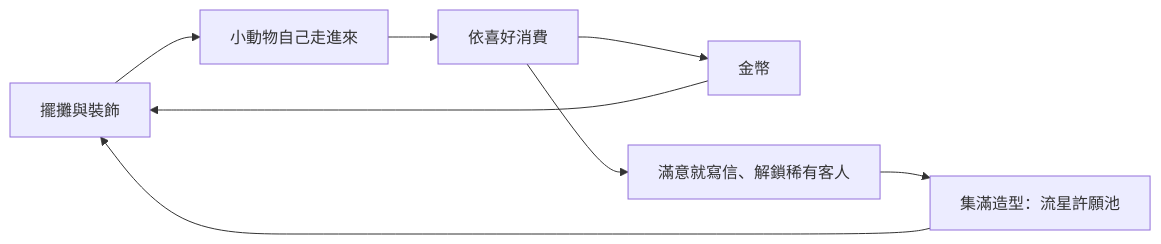
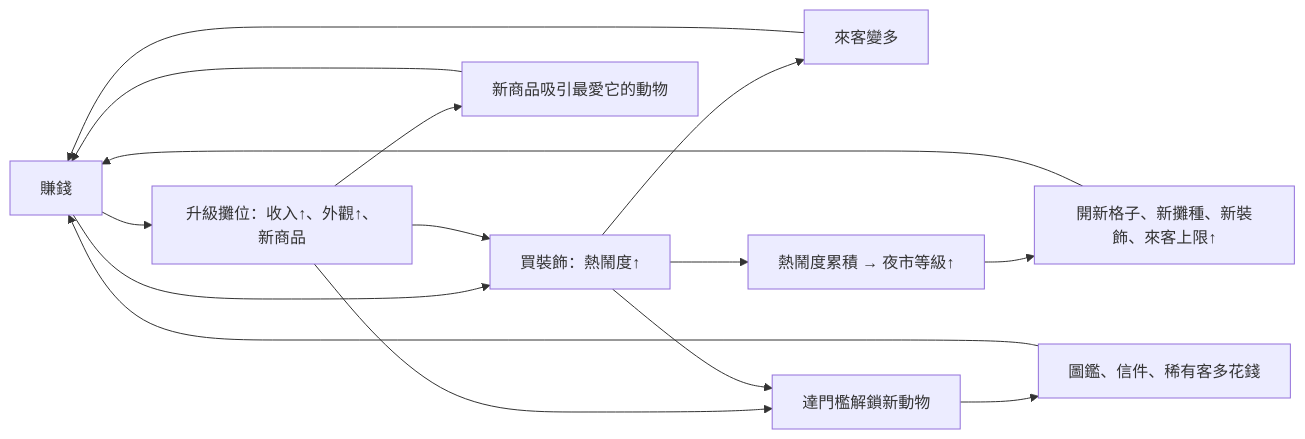
One commit to vup830707/line-dog-city changed the diagram in docs/plan.md. Above: the diagram before and after it, drawn with Mermaid. The commit also changed other lines of this file and 44 other files, not shown here.

````diff
--- a/docs/plan.md
+++ b/docs/plan.md
@@ -24,10 +43,17 @@
 ```mermaid
 flowchart LR
-    A[擺攤與裝飾] --> B[小動物自己走進來]
-    B --> C[依喜好消費]
-    C --> D[金幣]
+    A[賺錢] --> B[升級攤位：收入↑、外觀↑、新商品]
+    A --> C[買裝飾：熱鬧度↑]
+    B --> C
+    C --> D[來客變多]
+    B --> E[新商品吸引最愛它的動物]
+    C --> F[熱鬧度累積 → 夜市等級↑]
+    F --> G[開新格子、新攤種、新裝飾、來客上限↑]
+    B --> H[達門檻解鎖新動物]
+    C --> H
     D --> A
-    C --> E[滿意就寫信、解鎖稀有客人]
-    E --> F[集滿造型：流星許願池]
-    F --> A
+    E --> A
+    H --> I[圖鑑、信件、稀有客多花錢]
+    I --> A
+    G --> A
 ```
````
